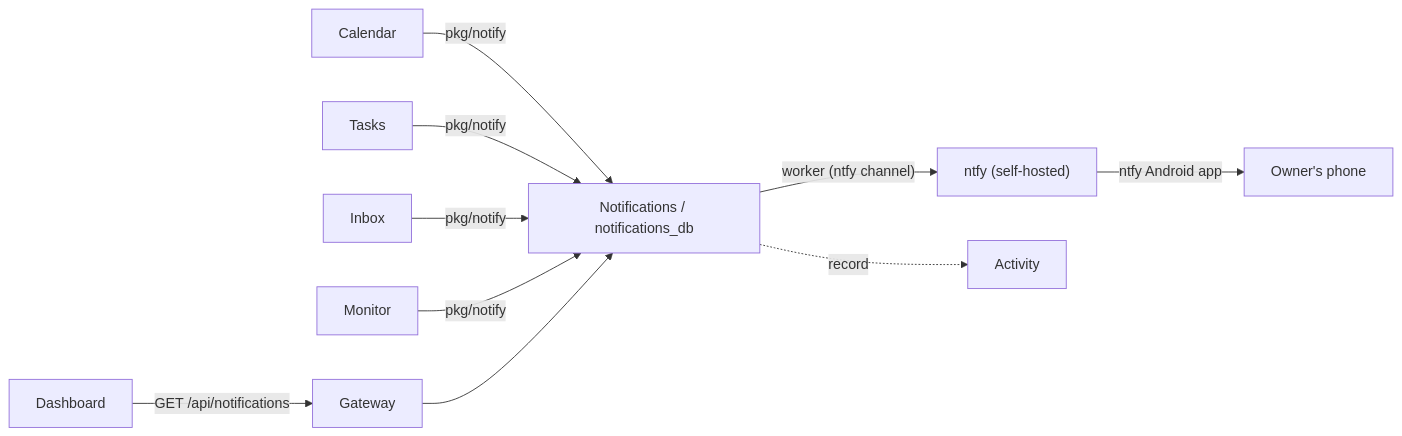
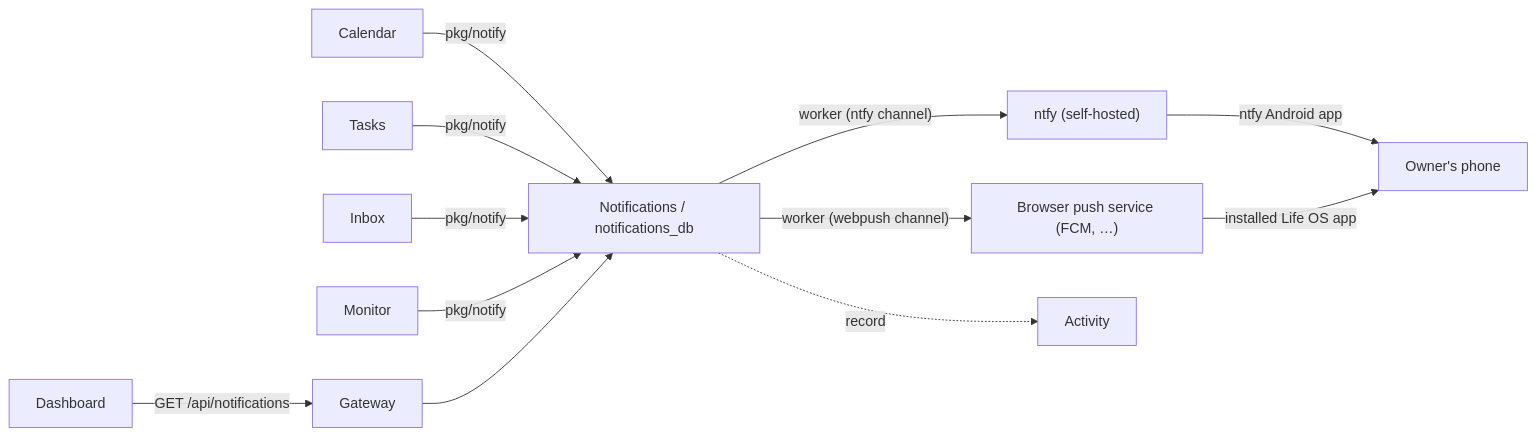
The first of 2 diagrams in docs/services/notifications.md (GAMch1k/life-os), drawn with Mermaid before and after one commit. The commit also changed other lines of this file and 5 other files, not shown here.

````diff
--- a/docs/services/notifications.md
+++ b/docs/services/notifications.md
@@ -12,10 +12,11 @@
 ```mermaid
 flowchart LR
   Calendar -- "pkg/notify" --> N[Notifications / notifications_db]
   Tasks -- "pkg/notify" --> N
   Inbox -- "pkg/notify" --> N
   Monitor -- "pkg/notify" --> N
   Dashboard -- "GET /api/notifications" --> Gateway --> N
   N -- "worker (ntfy channel)" --> Ntfy["ntfy (self-hosted)"] -- "ntfy Android app" --> Phone["Owner's phone"]
+  N -- "worker (webpush channel)" --> Push["Browser push service (FCM, …)"] -- "installed Life OS app" --> Phone
   N -. record .-> Activity
 ```
````
